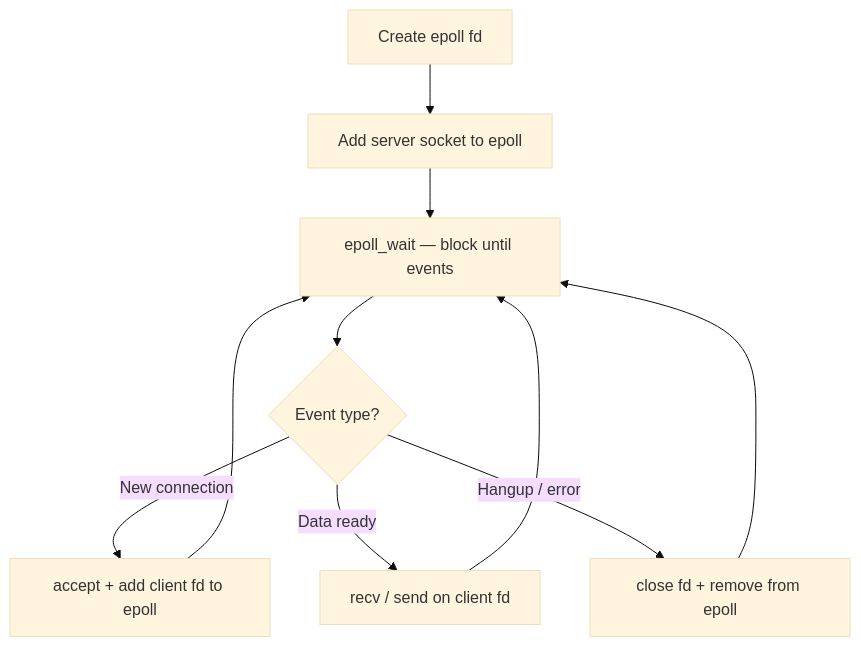
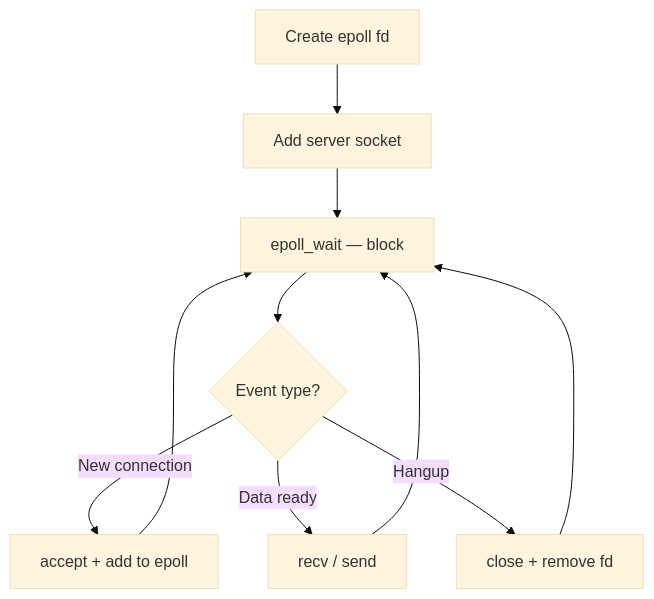
One commit to dkkh87/CPP-CUDA-Mastery changed the second of 2 diagrams in Part-05-Systems-Programming/42_Networking.md. Above: the diagram before and after it, drawn with Mermaid (base theme). The commit also changed other lines of this file, not shown here.

````diff
--- a/Part-05-Systems-Programming/42_Networking.md
+++ b/Part-05-Systems-Programming/42_Networking.md
@@ -212,12 +153,12 @@
 ```mermaid
 flowchart TD
-    A[Create epoll fd] --> B[Add server socket to epoll]
-    B --> C[epoll_wait — block until events]
+    A[Create epoll fd] --> B[Add server socket]
+    B --> C[epoll_wait — block]
     C --> D{Event type?}
-    D -->|New connection| E[accept + add client fd to epoll]
-    D -->|Data ready| F[recv / send on client fd]
-    D -->|Hangup / error| G[close fd + remove from epoll]
+    D -->|New connection| E[accept + add to epoll]
+    D -->|Data ready| F[recv / send]
+    D -->|Hangup| G[close + remove fd]
     E --> C
     F --> C
     G --> C
 ```
````
